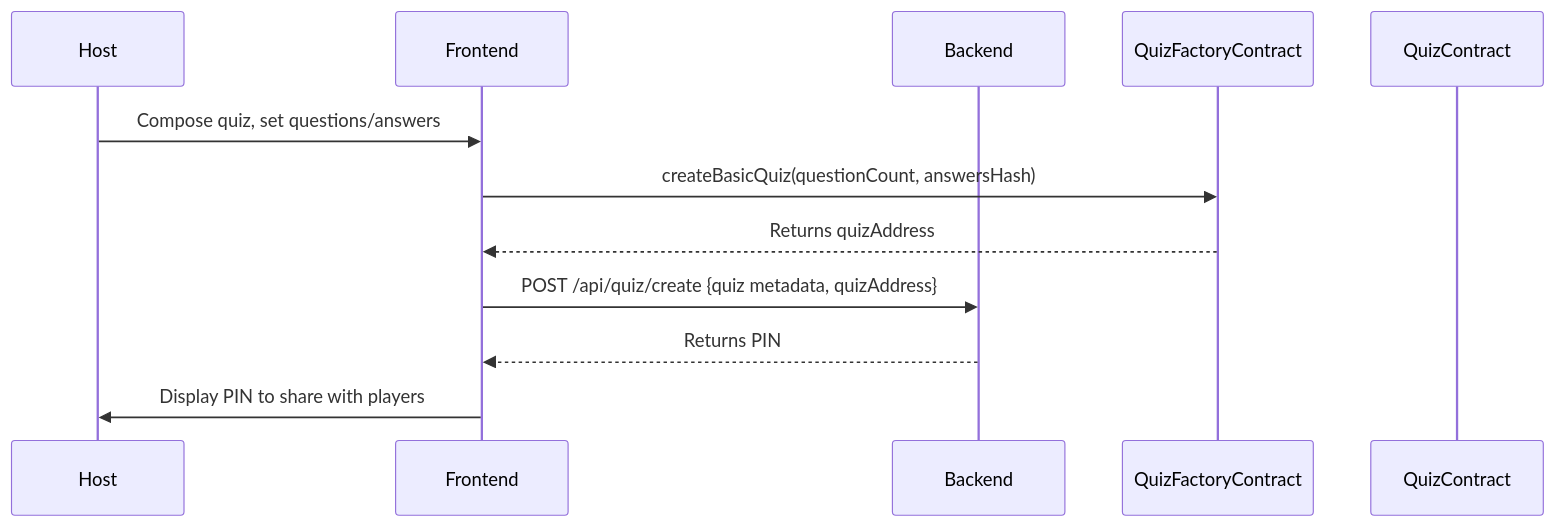
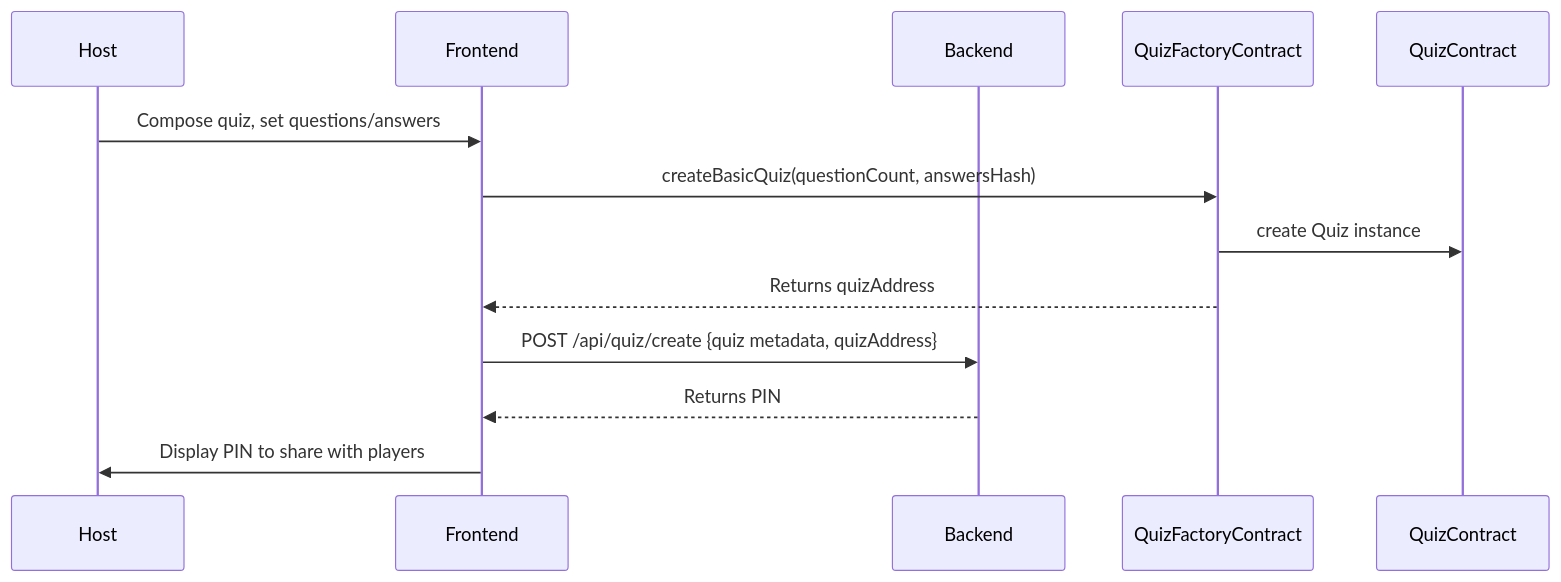
Before and after one commit to ian12-21/QuizApp-Frontend: the second of 6 diagrams in README_Version3.md, drawn with Mermaid. The commit also changed other lines of this file, not shown here.

````diff
--- a/README_Version3.md
+++ b/README_Version3.md
@@ -34,15 +34,16 @@
 ```mermaid
 sequenceDiagram
     participant Host
     participant Frontend
     participant Backend
     participant FactorySC as QuizFactoryContract
     participant QuizSC as QuizContract
 
     Host->>Frontend: Compose quiz, set questions/answers
     Frontend->>FactorySC: createBasicQuiz(questionCount, answersHash)
+    FactorySC->>QuizSC: create Quiz instance
     FactorySC-->>Frontend: Returns quizAddress
     Frontend->>Backend: POST /api/quiz/create {quiz metadata, quizAddress}
     Backend-->>Frontend: Returns PIN
     Frontend->>Host: Display PIN to share with players
 ```
````
